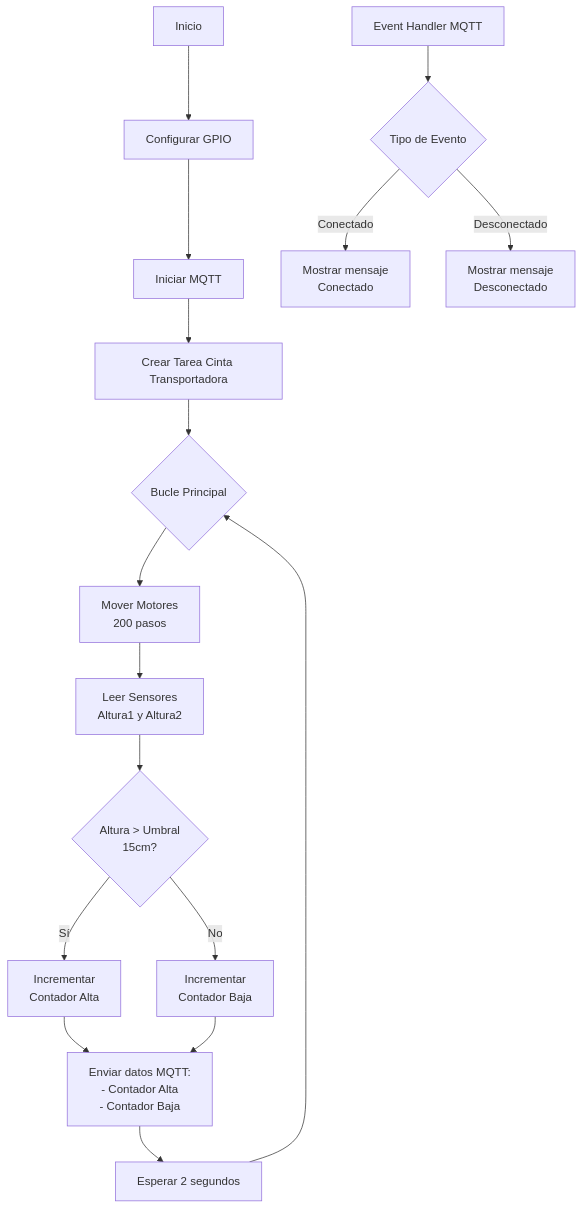
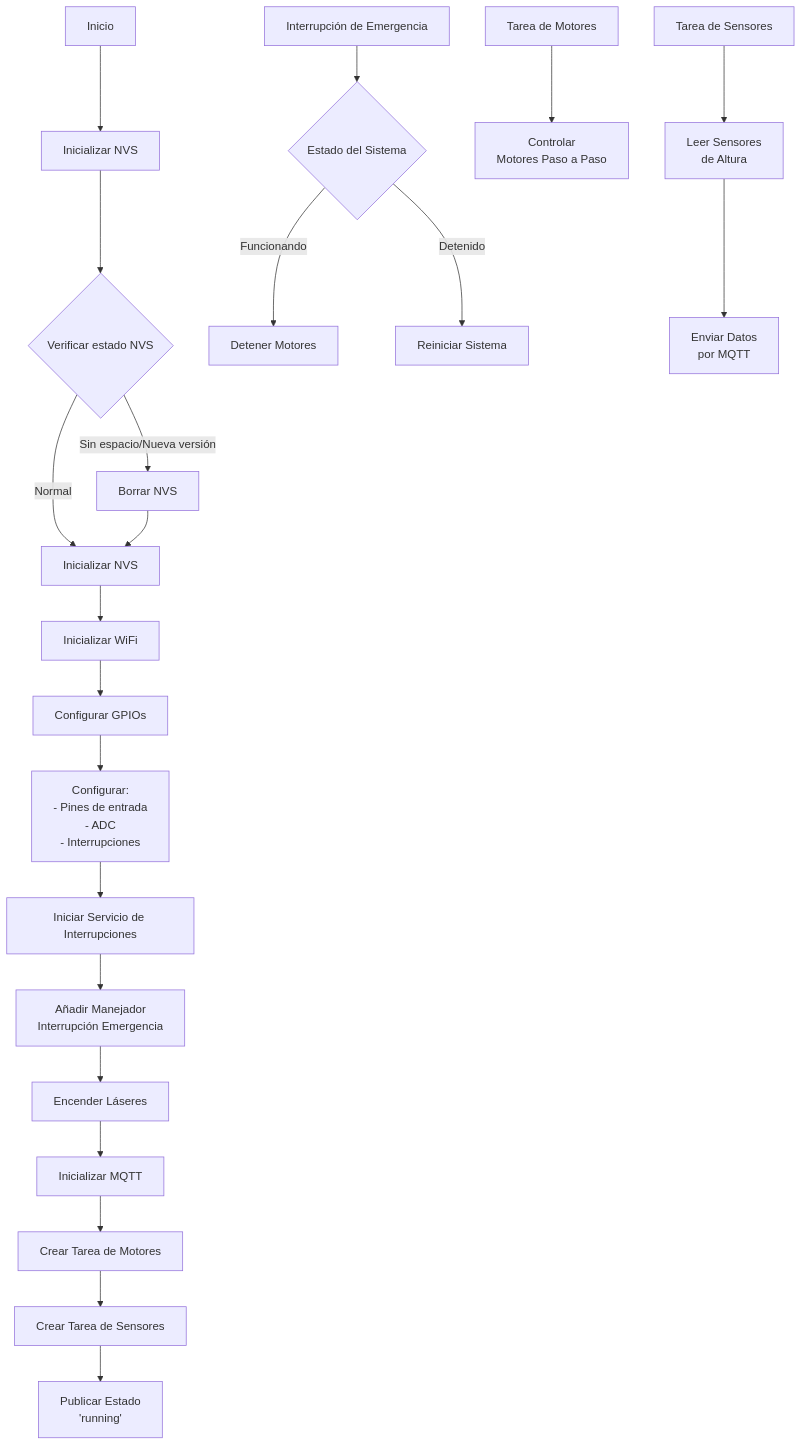
The diagram in INFORME.md/4- DIAGRAMA DE FLUJO.md (Mate0Castro/Cinta-Transportadora), drawn with Mermaid before and after one commit.

Commit message:
Update 4- DIAGRAMA DE FLUJO.md

````diff
--- a/INFORME.md/4- DIAGRAMA DE FLUJO.md
+++ b/INFORME.md/4- DIAGRAMA DE FLUJO.md
@@ -2,25 +2,39 @@
 ```mermaid
 flowchart TD
-    A[Inicio] --> B[Configurar GPIO]
-    B --> C[Iniciar MQTT]
-    C --> D[Crear Tarea Cinta Transportadora]
-    D --> E{Bucle Principal}
+    A[Inicio] --> B[Inicializar NVS]
     
-    E --> F[Mover Motores\n200 pasos]
-    F --> G[Leer Sensores\nAltura1 y Altura2]
+    B --> C{Verificar estado NVS}
+    C -->|Sin espacio/Nueva versión| D[Borrar NVS]
+    C -->|Normal| E[Continuar]
     
-    G --> H{Altura > Umbral\n15cm?}
-    H -->|Sí| I[Incrementar\nContador Alta]
-    H -->|No| J[Incrementar\nContador Baja]
+    D --> E[Inicializar NVS]
     
-    I --> K[Enviar datos MQTT:\n- Contador Alta\n- Contador Baja]
-    J --> K
+    E --> F[Inicializar WiFi]
+    F --> G[Configurar GPIOs]
     
-    K --> L[Esperar 2 segundos]
-    L --> E
+    G --> H[Configurar:
+    - Pines de entrada
+    - ADC
+    - Interrupciones]
     
-    %% Subproceso MQTT
-    M[Event Handler MQTT] --> N{Tipo de Evento}
-    N -->|Conectado| O[Mostrar mensaje\nConectado]
-    N -->|Desconectado| P[Mostrar mensaje\nDesconectado]
+    H --> I[Iniciar Servicio de Interrupciones]
+    I --> J[Añadir Manejador\nInterrupción Emergencia]
+    
+    J --> K[Encender Láseres]
+    K --> L[Inicializar MQTT]
+    
+    L --> M[Crear Tarea de Motores]
+    M --> N[Crear Tarea de Sensores]
+    
+    N --> O[Publicar Estado\n'running']
+    
+    %% Subproceso de Interrupción de Emergencia
+    P[Interrupción de Emergencia] --> Q{Estado del Sistema}
+    Q -->|Funcionando| R[Detener Motores]
+    Q -->|Detenido| S[Reiniciar Sistema]
+    
+    %% Subproceso de Tareas
+    T[Tarea de Motores] --> U[Controlar\nMotores Paso a Paso]
+    V[Tarea de Sensores] --> W[Leer Sensores\nde Altura]
+    W --> X[Enviar Datos\npor MQTT]
 ```
````
